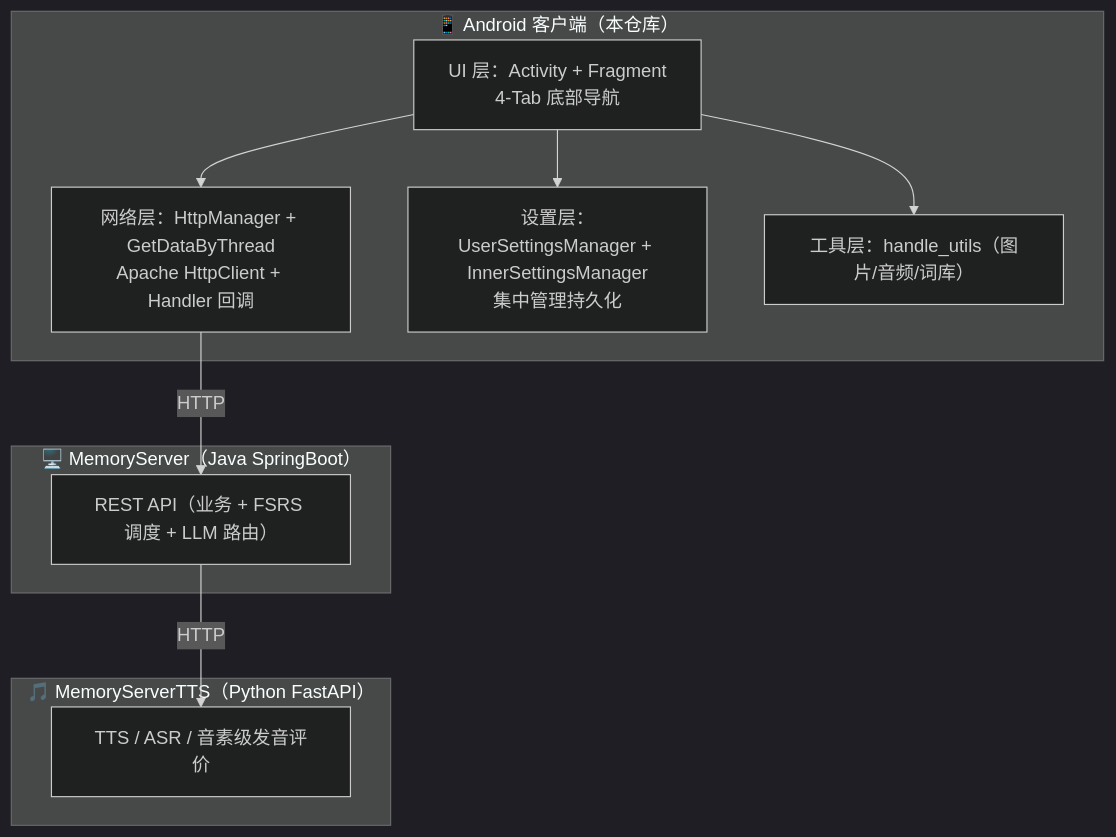
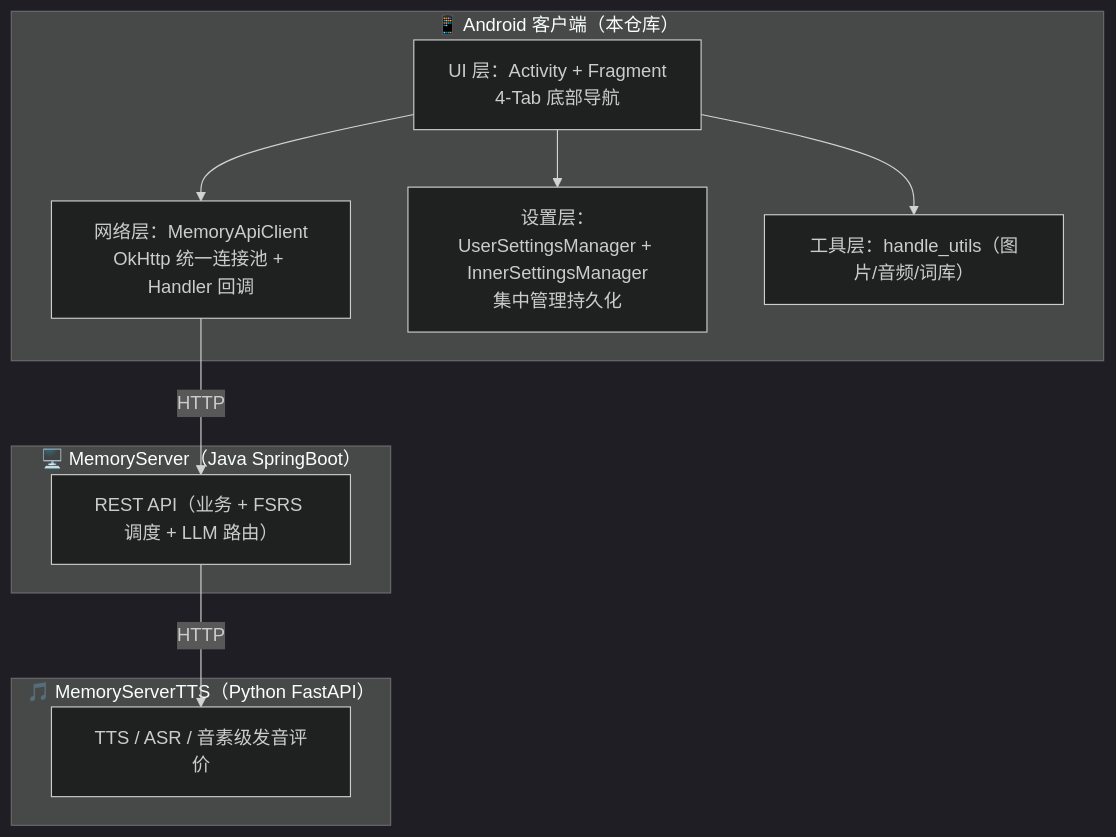
One commit to pudaa/Memory changed the diagram in docs/project-overview.md. Above: the diagram before and after it, drawn with Mermaid (dark theme). The commit also changed other lines of this file and 51 other files, not shown here.

````diff
--- a/docs/project-overview.md
+++ b/docs/project-overview.md
@@ -16,23 +16,23 @@
 ```mermaid
 graph TB
     subgraph App["📱 Android 客户端（本仓库）"]
         UI["UI 层：Activity + Fragment<br/>4-Tab 底部导航"]
-        NET["网络层：HttpManager + GetDataByThread<br/>Apache HttpClient + Handler 回调"]
+        NET["网络层：MemoryApiClient<br/>OkHttp 统一连接池 + Handler 回调"]
         ST["设置层：UserSettingsManager + InnerSettingsManager<br/>集中管理持久化"]
         UTIL["工具层：handle_utils（图片/音频/词库）"]
     end
 
     subgraph Server["🖥️ MemoryServer（Java SpringBoot）"]
         API["REST API（业务 + FSRS 调度 + LLM 路由）"]
     end
 
     subgraph TTS["🎵 MemoryServerTTS（Python FastAPI）"]
         AI["TTS / ASR / 音素级发音评价"]
     end
 
     UI --> NET
     UI --> ST
     UI --> UTIL
     NET -->|HTTP| API
     API -->|HTTP| AI
 ```
````
